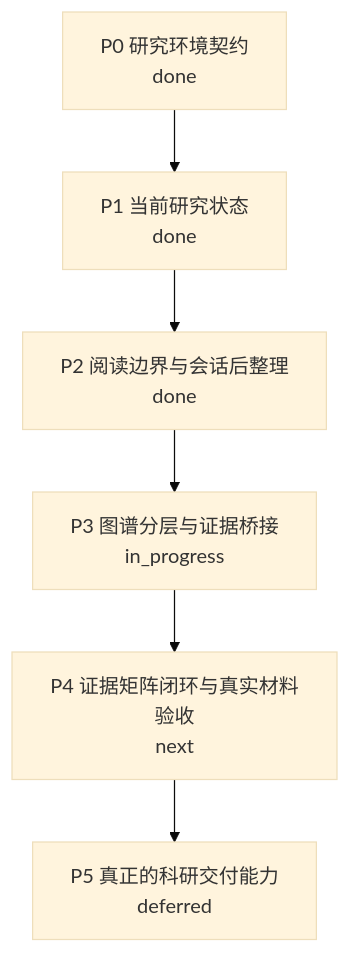
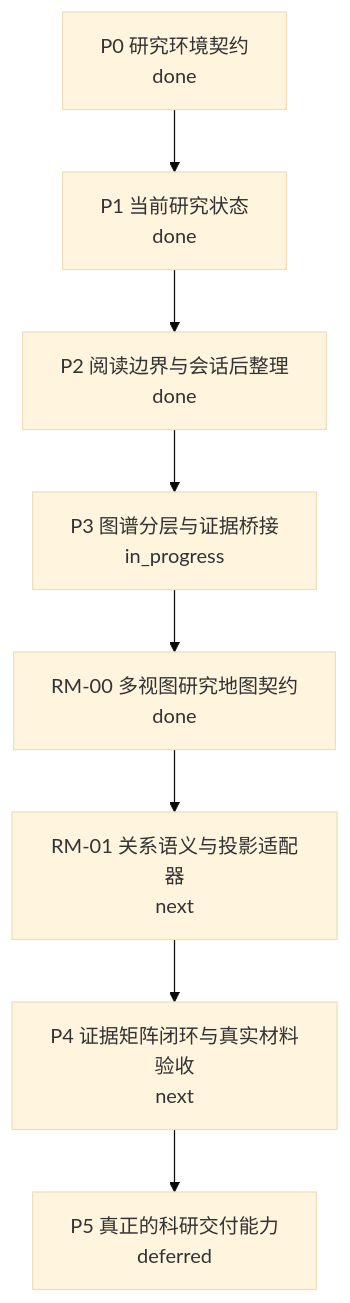
The second of 3 diagrams in docs/GRAPH_ENGINEERING.md (XXY-CH/Cognoscope), drawn with Mermaid (base theme) before and after one commit. The commit also changed other lines of this file and 8 other files, not shown here.

````diff
--- a/docs/GRAPH_ENGINEERING.md
+++ b/docs/GRAPH_ENGINEERING.md
@@ -83,8 +85,10 @@
 ```mermaid
 flowchart TD
   P0["P0 研究环境契约\ndone"] --> P1["P1 当前研究状态\ndone"]
   P1 --> P2["P2 阅读边界与会话后整理\ndone"]
   P2 --> P3["P3 图谱分层与证据桥接\nin_progress"]
-  P3 --> P4["P4 证据矩阵闭环与真实材料验收\nnext"]
+  P3 --> RM0["RM-00 多视图研究地图契约\ndone"]
+  RM0 --> RM1["RM-01 关系语义与投影适配器\nnext"]
+  RM1 --> P4["P4 证据矩阵闭环与真实材料验收\nnext"]
   P4 --> P5["P5 真正的科研交付能力\ndeferred"]
 ```
````
